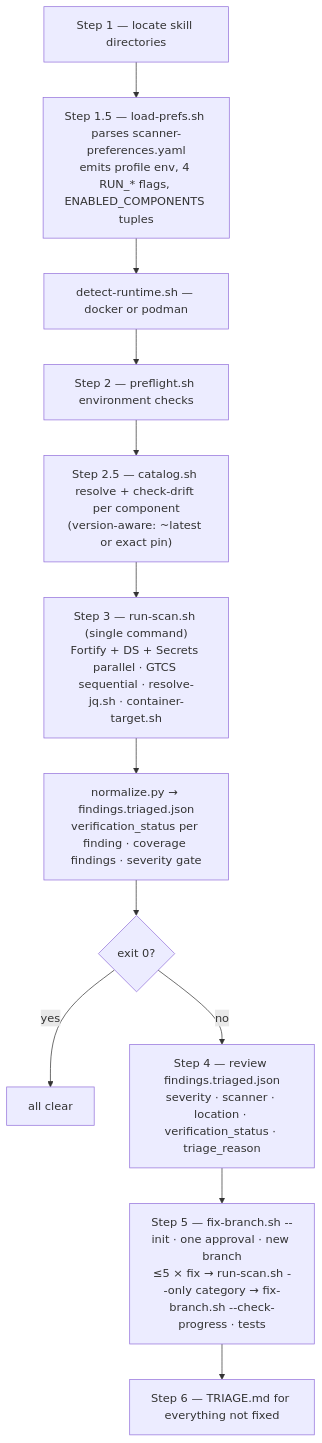
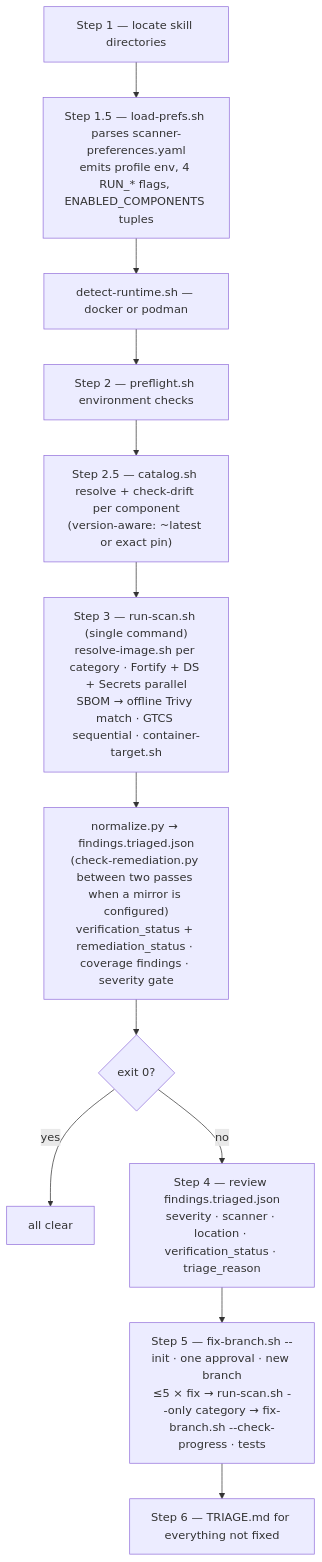
Before and after one commit to xotong/claude-marketplace: the first of 3 diagrams in plugins/appsec/skills/appsec-scan/docs/ARCHITECTURE.md, drawn with Mermaid. The commit also changed other lines of this file and 10 other files, not shown here.

````diff
--- a/plugins/appsec/skills/appsec-scan/docs/ARCHITECTURE.md
+++ b/plugins/appsec/skills/appsec-scan/docs/ARCHITECTURE.md
@@ -38,14 +55,14 @@
 ```mermaid
 flowchart TD
     S1["Step 1 — locate skill directories"] --> S15["Step 1.5 — load-prefs.sh parses scanner-preferences.yaml<br/>emits profile env, 4 RUN_* flags, ENABLED_COMPONENTS tuples"]
     S15 --> RT["detect-runtime.sh — docker or podman"]
     RT --> S2["Step 2 — preflight.sh environment checks"]
     S2 --> S25["Step 2.5 — catalog.sh resolve + check-drift per component<br/>(version-aware: ~latest or exact pin)"]
-    S25 --> S3["Step 3 — run-scan.sh (single command)<br/>Fortify + DS + Secrets parallel · GTCS sequential · resolve-jq.sh · container-target.sh"]
-    S3 --> NP["normalize.py → findings.triaged.json<br/>verification_status per finding · coverage findings · severity gate"]
+    S25 --> S3["Step 3 — run-scan.sh (single command)<br/>resolve-image.sh per category · Fortify + DS + Secrets parallel<br/>SBOM → offline Trivy match · GTCS sequential · container-target.sh"]
+    S3 --> NP["normalize.py → findings.triaged.json<br/>(check-remediation.py between two passes when a mirror is configured)<br/>verification_status + remediation_status · coverage findings · severity gate"]
     NP --> Q{"exit 0?"}
     Q -->|"yes"| DONE["all clear"]
     Q -->|"no"| S4["Step 4 — review findings.triaged.json<br/>severity · scanner · location · verification_status · triage_reason"]
     S4 --> S5["Step 5 — fix-branch.sh --init · one approval · new branch<br/>≤5 × fix → run-scan.sh --only category → fix-branch.sh --check-progress · tests"]
     S5 --> S6["Step 6 — TRIAGE.md for everything not fixed"]
 ```
````
